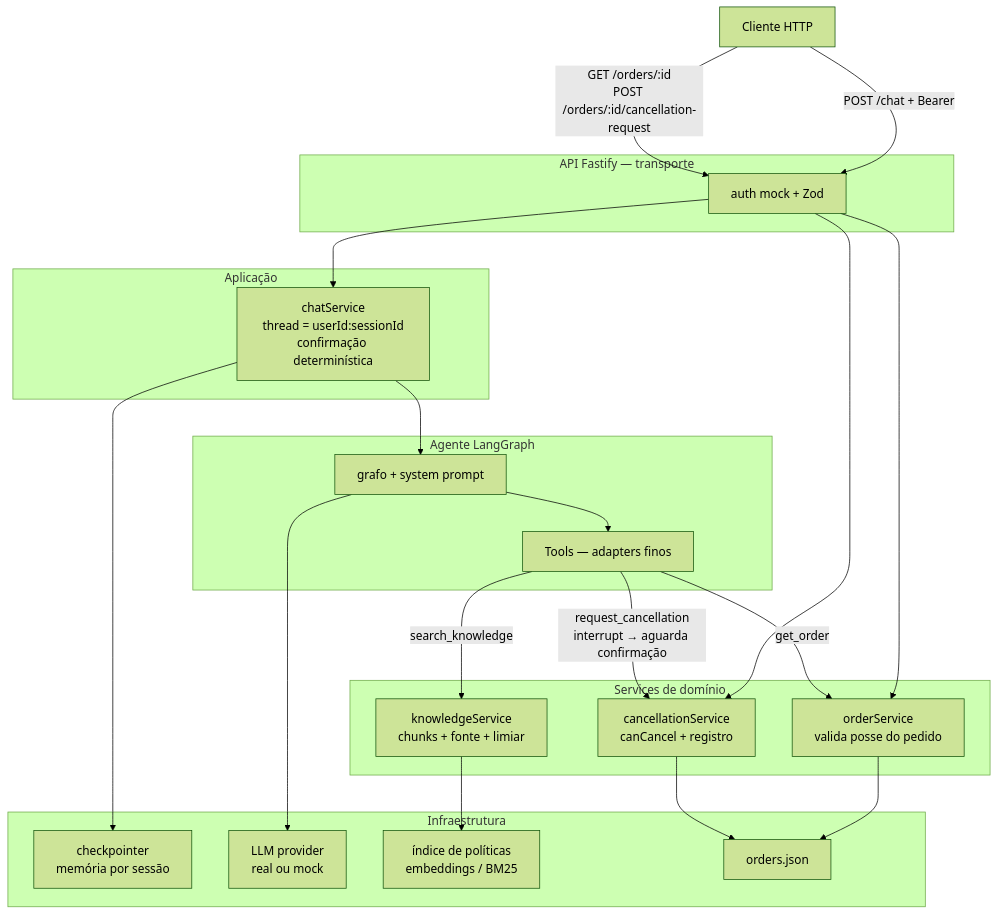
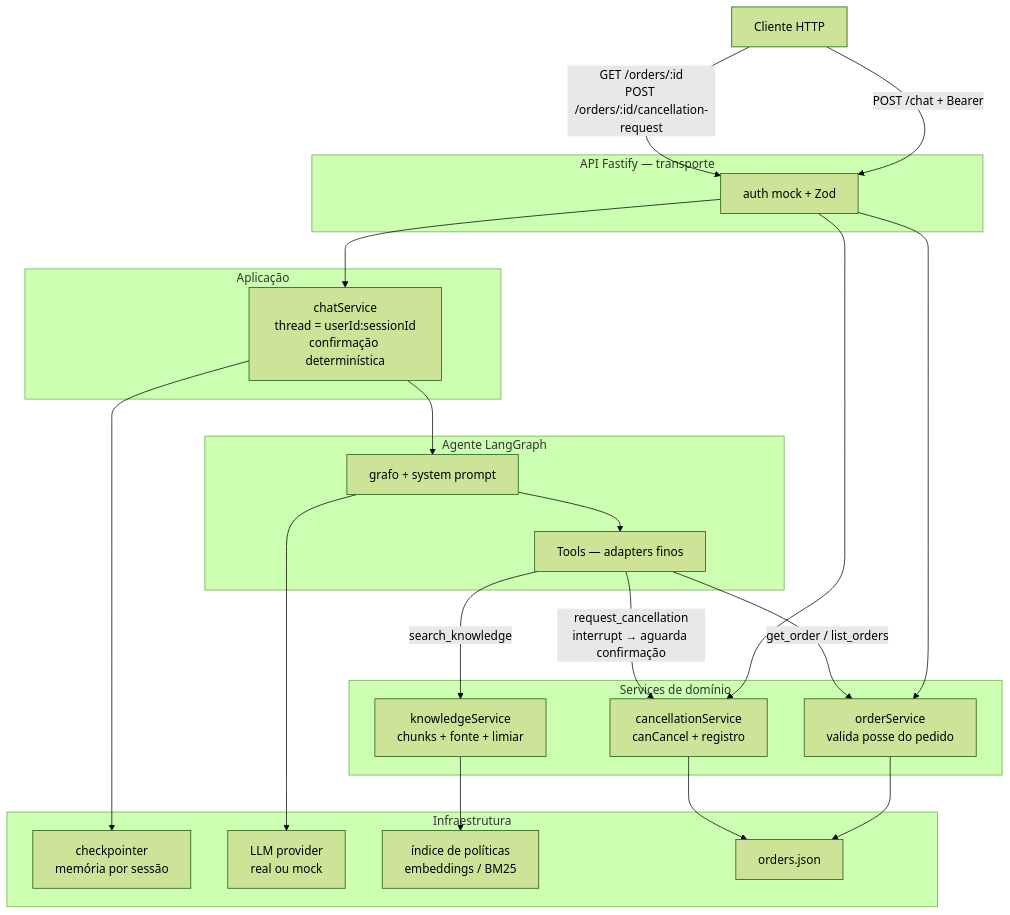
One commit to Gustavo-Vinicius/nexus-support-agent-desafil-kpmg changed the diagram in README.md. Above: the diagram before and after it, drawn with Mermaid (forest theme). The commit also changed other lines of this file and 11 other files, not shown here.

````diff
--- a/README.md
+++ b/README.md
@@ -11,46 +11,46 @@
 ```mermaid
 flowchart TB
   Cliente["Cliente HTTP"]
 
   subgraph API["API Fastify — transporte"]
     Auth["auth mock + Zod"]
   end
 
   subgraph App["Aplicação"]
     Chat["chatService\nthread = userId:sessionId\nconfirmação determinística"]
   end
 
   subgraph Agent["Agente LangGraph"]
     Graph["grafo + system prompt"]
     Tools["Tools — adapters finos"]
   end
 
   subgraph Domain["Services de domínio"]
     KS["knowledgeService\nchunks + fonte + limiar"]
     OS["orderService\nvalida posse do pedido"]
     CS["cancellationService\ncanCancel + registro"]
   end
 
   subgraph Infra["Infraestrutura"]
     CP["checkpointer\nmemória por sessão"]
     LLM["LLM provider\nreal ou mock"]
     IDX["índice de políticas\nembeddings / BM25"]
     DB["orders.json"]
   end
 
   Cliente -->|"POST /chat + Bearer"| Auth
   Cliente -->|"GET /orders/:id\nPOST /orders/:id/cancellation-request"| Auth
   Auth --> Chat
   Auth --> OS
   Auth --> CS
   Chat --> Graph
   Chat --> CP
   Graph --> Tools
   Graph --> LLM
-  Tools -->|get_order| OS
+  Tools -->|get_order / list_orders| OS
   Tools -->|search_knowledge| KS
   Tools -->|"request_cancellation\ninterrupt → aguarda confirmação"| CS
   OS --> DB
   CS --> DB
   KS --> IDX
 ```
````
